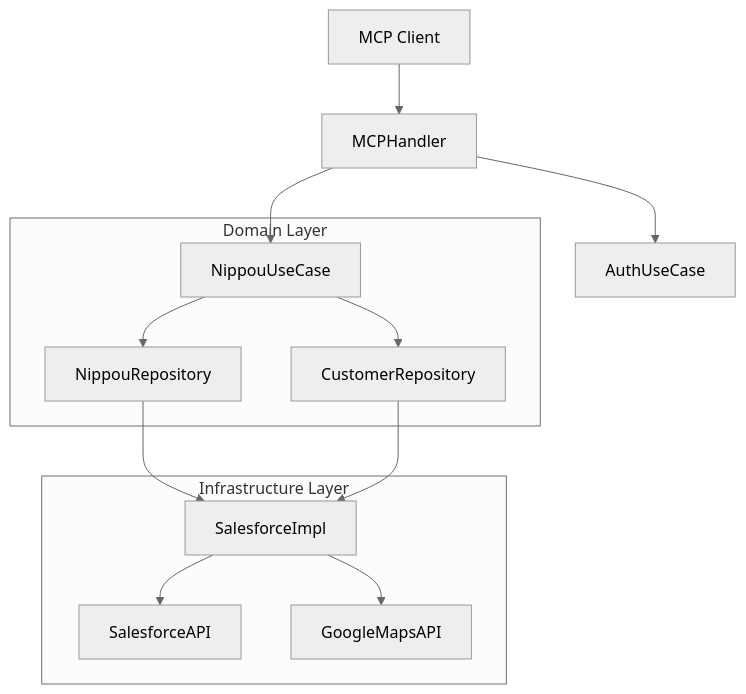
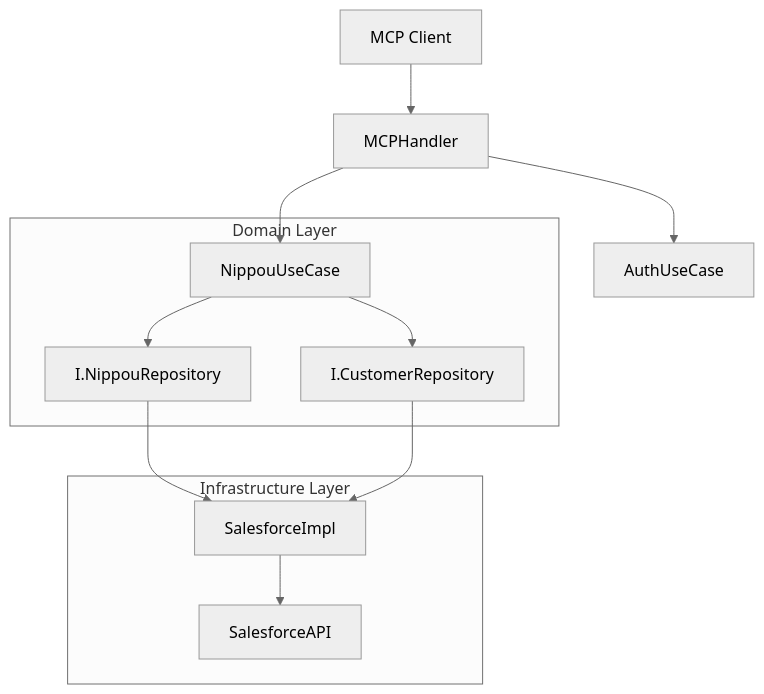
The second of 2 diagrams in docs/design.md (KEIEI-NET/Anti-Claude), drawn with Mermaid (neutral theme) before and after one commit. The commit also changed other lines of this file and 3 other files, not shown here.

Commit message:
Upgrade: v5.3 - Finalize templates with physical diagram preservation section

````diff
--- a/docs/design.md
+++ b/docs/design.md
@@ -67,18 +92,17 @@
 ```mermaid
 graph TD
     Client[MCP Client] --> MCPHandler
     MCPHandler --> AuthUseCase
     MCPHandler --> NippouUseCase
     
     subgraph Domain Layer
-        NippouUseCase --> NippouRepository
-        NippouUseCase --> CustomerRepository
+        NippouUseCase --> NippouRepository[I.NippouRepository]
+        NippouUseCase --> CustomerRepository[I.CustomerRepository]
     end
     
     subgraph Infrastructure Layer
         NippouRepository --> SalesforceImpl
         CustomerRepository --> SalesforceImpl
         SalesforceImpl --> SalesforceAPI
-        SalesforceImpl --> GoogleMapsAPI
     end
 ```
````
